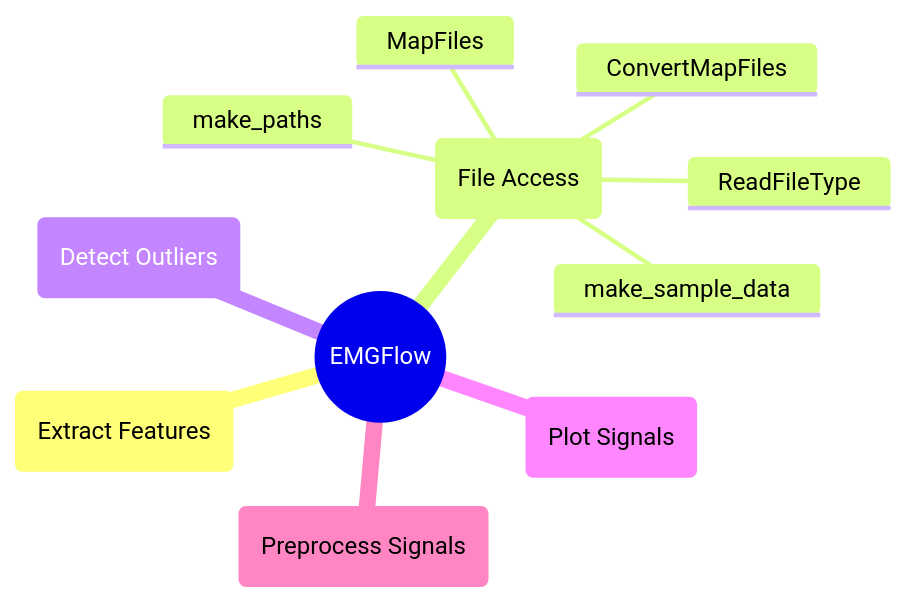
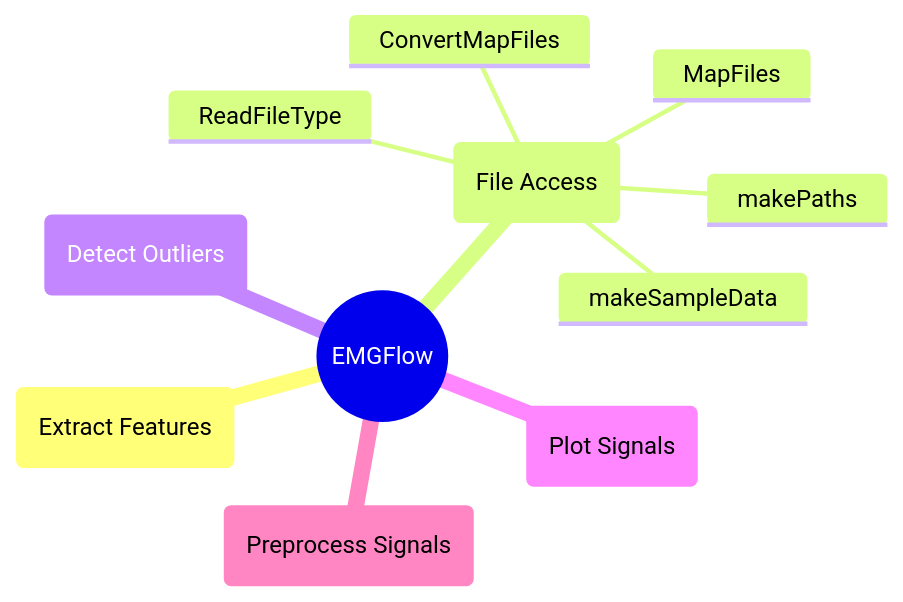
The diagram in docs/reference/file-access.md (WiIIson/EMGFlow-Python-Package), drawn with Mermaid before and after one commit.

Commit message:
Update file-access.md
Updated format for makePaths and makeSampleData names

````diff
--- a/docs/reference/file-access.md
+++ b/docs/reference/file-access.md
@@ -7,14 +7,14 @@
 ```mermaid
 mindmap
     root((EMGFlow))
         EF(Extract Features)
         FA(File Access)
-            make_paths
-            make_sample_data
+            makePaths
+            makeSampleData
             ReadFileType
             MapFiles
             ConvertMapFiles
         DO(Detect Outliers)
         PlS(Plot Signals)
         PrS(Preprocess Signals)
 ```
````
